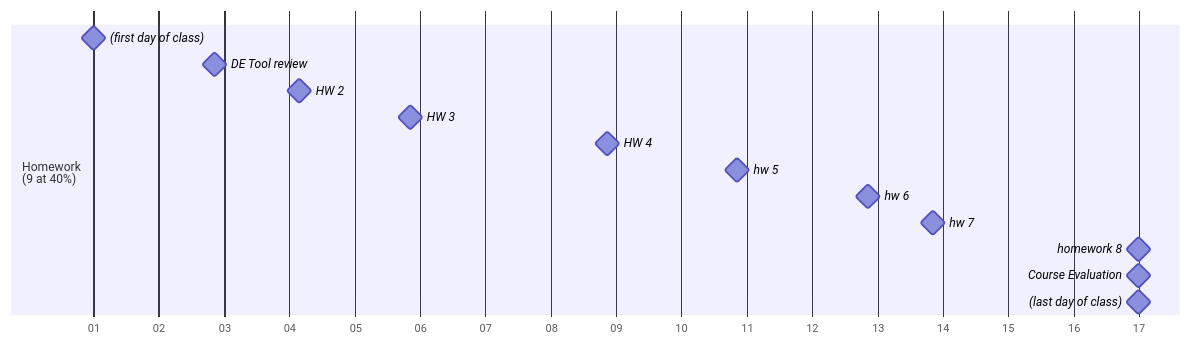
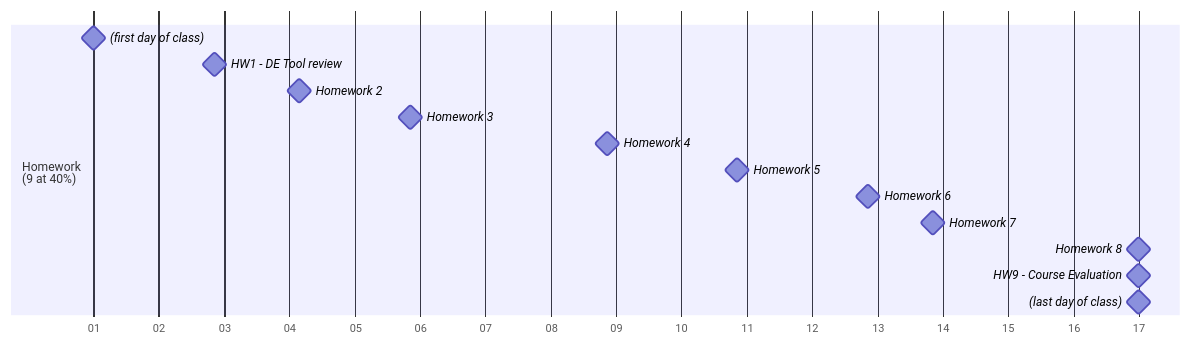
One commit to lowkeylabs/cmsc408-course-admin changed the second of 4 diagrams in topics/_cmsc408-overview.qmd. Above: the diagram before and after it, drawn with Mermaid. The commit also changed other lines of this file and 21 other files, not shown here.

````diff
--- a/topics/_cmsc408-overview.qmd
+++ b/topics/_cmsc408-overview.qmd
@@ -206,19 +206,19 @@
 ```{mermaid}
 %%| echo: false
 gantt
     dateFormat M/DD/YYYY
     axisFormat %U
 
     section Homework<br/>(9 at 40%)
     (first day of class): milestone, fdc1, 1/7/2024, 0d
-    DE Tool review: milestone, h1, 1/20/2024, 0d
-    HW 2: milestone, h2, 1/29/2024, 0d
-    HW 3: milestone, h3, 2/10/2024, 0d
-    HW 4: milestone, h4, 3/2/2024, 0d
-    hw 5: milestone, h5, 3/16/2024, 0d
-    hw 6: milestone, h6, 3/30/2024, 0d
-    hw 7: milestone, h7, 4/6/2024, 0d
-    homework 8: milestone, h8, 4/28/2024, 0d
-    Course Evaluation: milestone, h10, 4/28/2024, 0d
+    HW1 - DE Tool review: milestone, h1, 1/20/2024, 0d
+    Homework 2: milestone, h2, 1/29/2024, 0d
+    Homework 3: milestone, h3, 2/10/2024, 0d
+    Homework 4: milestone, h4, 3/2/2024, 0d
+    Homework 5: milestone, h5, 3/16/2024, 0d
+    Homework 6: milestone, h6, 3/30/2024, 0d
+    Homework 7: milestone, h7, 4/6/2024, 0d
+    Homework 8: milestone, h8, 4/28/2024, 0d
+    HW9 - Course Evaluation: milestone, h10, 4/28/2024, 0d
     (last day of class): milestone, ldc2, 4/28/2024, 0d
 ```
````
